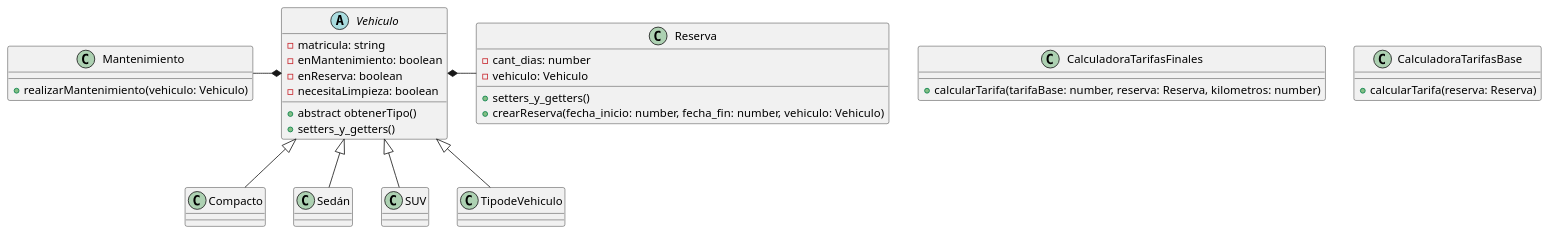
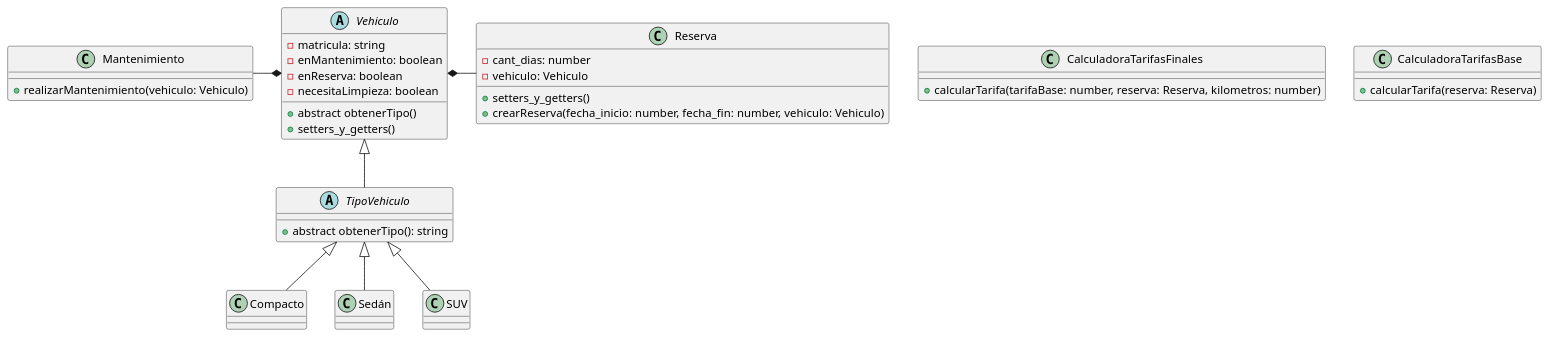
One commit to AlejoSuarez-37/Trabajo-Practico-Grupo16 changed the diagram in diagramas/clases.puml. Above: the diagram before and after it, drawn with PlantUML. The commit also changed 10 other files, not shown here.

Commit message:
abstraccion tipoVehiculo

```diff
--- a/diagramas/clases.puml
+++ b/diagramas/clases.puml
@@ -1,53 +1,56 @@
 @startuml Diagrama de clases
 
 abstract class Vehiculo {
     - matricula: string
     - enMantenimiento: boolean
     - enReserva: boolean
     - necesitaLimpieza: boolean
 
     + abstract obtenerTipo()
     + setters_y_getters()
 }
 
 class CalculadoraTarifasFinales {
     + calcularTarifa(tarifaBase: number, reserva: Reserva, kilometros: number)
 }
 
 class CalculadoraTarifasBase {
     + calcularTarifa(reserva: Reserva)
 }
 
 class Reserva {
     - cant_dias: number
     - vehiculo: Vehiculo
 
     + setters_y_getters()
     + crearReserva(fecha_inicio: number, fecha_fin: number, vehiculo: Vehiculo)
 }
 
 class Mantenimiento {
     + realizarMantenimiento(vehiculo: Vehiculo)
 }
 
+abstract class TipoVehiculo {
+    + abstract obtenerTipo(): string
+}
 class Compacto {
 
 }
 class Sedán {
 
 }
 class SUV {
 
 }
 
 ' Relaciones
 
 Vehiculo *-l- Mantenimiento
 Vehiculo *-r- Reserva
-Vehiculo <|-d- TipodeVehiculo
+Vehiculo <|-d- TipoVehiculo
 
-Vehiculo <|-- Compacto
-Vehiculo <|-- Sedán
-Vehiculo <|-- SUV
+TipoVehiculo <|-- Compacto
+TipoVehiculo <|-- Sedán
+TipoVehiculo <|-- SUV
 
 @enduml
```
